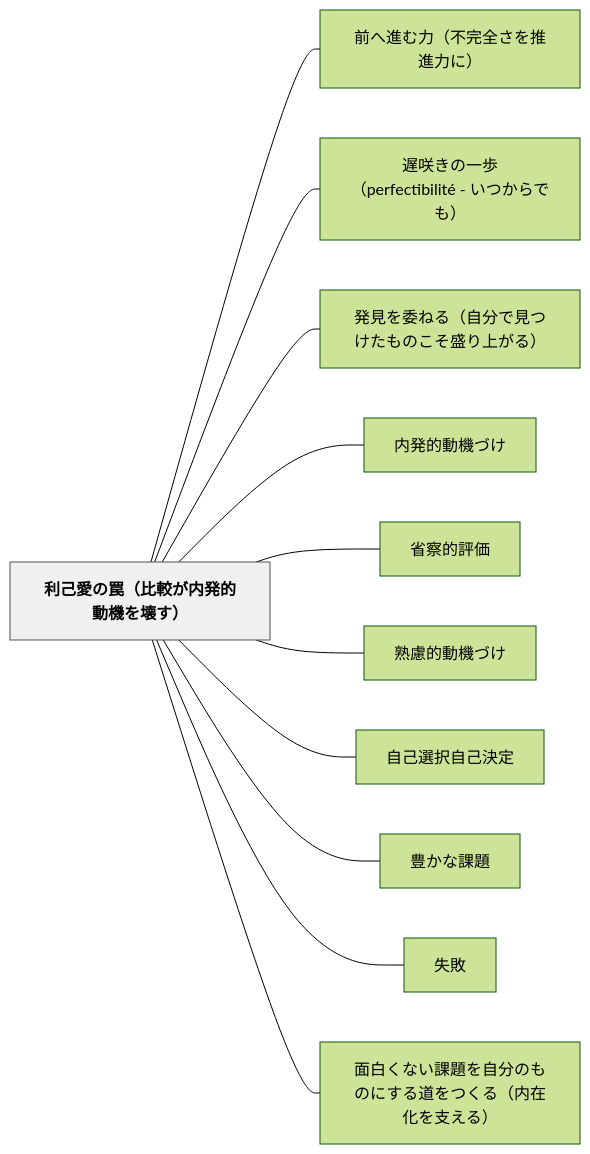
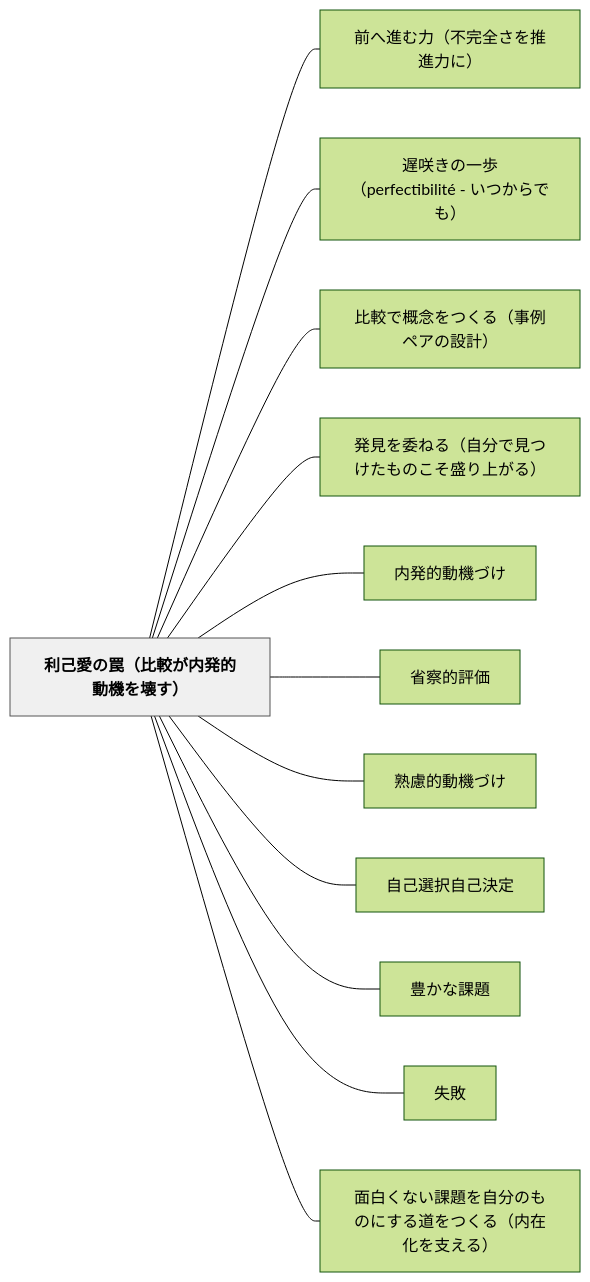
One commit to unknownthings-ed-patterns/unknownthings-ed-patterns changed the diagram in content/パタン/利己愛の罠（比較が内発的動機を壊す）.md. Above: the diagram before and after it, drawn with Mermaid (forest theme). The commit also changed other lines of this file and 5 other files, not shown here.

````diff
--- a/content/パタン/利己愛の罠（比較が内発的動機を壊す）.md
+++ b/content/パタン/利己愛の罠（比較が内発的動機を壊す）.md
@@ -100,28 +100,30 @@
 ```mermaid
 flowchart LR
     ne588a9e5b7b1e6849be381aee7bda0efbc88e6af94e8bc83e3818ce58685e799bae79a84e58b95e6a99fe38292e5a38ae38199efbc89["利己愛の罠（比較が内発的動機を壊す）"]
     ne5898de381b8e980b2e38280e58a9befbc88e4b88de5ae8ce585a8e38195e38292e68ea8e980b2e58a9be381abefbc89["前へ進む力（不完全さを推進力に）"]
     ne98185e592b2e3818de381aee4b880e6ada9efbc88706572666563746962696c6974c3a9202d20e38184e381a4e3818be38289e381a7e38282efbc89["遅咲きの一歩（perfectibilité - いつからでも）"]
+    ne6af94e8bc83e381a7e6a682e5bfb5e38292e381a4e3818fe3828befbc88e4ba8be4be8be3839ae382a2e381aee8a8ade8a888efbc89["比較で概念をつくる（事例ペアの設計）"]
     ne799bae8a68be38292e5a794e381ade3828befbc88e887aae58886e381a7e8a68be381a4e38191e3819fe38282e381aee38193e3819de79b9be3828ae4b88ae3818ce3828befbc89["発見を委ねる（自分で見つけたものこそ盛り上がる）"]
     ne58685e799bae79a84e58b95e6a99fe381a5e38191["内発的動機づけ"]
     ne79c81e5af9fe79a84e8a995e4bea1["省察的評価"]
     ne7869fe685aee79a84e58b95e6a99fe381a5e38191["熟慮的動機づけ"]
     ne887aae5b7b1e981b8e68a9ee887aae5b7b1e6b1bae5ae9a["自己選択自己決定"]
     ne8b18ae3818be381aae8aab2e9a18c["豊かな課題"]
     ne5a4b1e69597["失敗"]
     ne99da2e799bde3818fe381aae38184e8aab2e9a18ce38292e887aae58886e381aee38282e381aee381abe38199e3828be98193e38292e381a4e3818fe3828befbc88e58685e59ca8e58c96e38292e694afe38188e3828befbc89["面白くない課題を自分のものにする道をつくる（内在化を支える）"]
 
     ne588a9e5b7b1e6849be381aee7bda0efbc88e6af94e8bc83e3818ce58685e799bae79a84e58b95e6a99fe38292e5a38ae38199efbc89 --- ne5898de381b8e980b2e38280e58a9befbc88e4b88de5ae8ce585a8e38195e38292e68ea8e980b2e58a9be381abefbc89
     ne588a9e5b7b1e6849be381aee7bda0efbc88e6af94e8bc83e3818ce58685e799bae79a84e58b95e6a99fe38292e5a38ae38199efbc89 --- ne98185e592b2e3818de381aee4b880e6ada9efbc88706572666563746962696c6974c3a9202d20e38184e381a4e3818be38289e381a7e38282efbc89
+    ne588a9e5b7b1e6849be381aee7bda0efbc88e6af94e8bc83e3818ce58685e799bae79a84e58b95e6a99fe38292e5a38ae38199efbc89 --- ne6af94e8bc83e381a7e6a682e5bfb5e38292e381a4e3818fe3828befbc88e4ba8be4be8be3839ae382a2e381aee8a8ade8a888efbc89
     ne588a9e5b7b1e6849be381aee7bda0efbc88e6af94e8bc83e3818ce58685e799bae79a84e58b95e6a99fe38292e5a38ae38199efbc89 --- ne799bae8a68be38292e5a794e381ade3828befbc88e887aae58886e381a7e8a68be381a4e38191e3819fe38282e381aee38193e3819de79b9be3828ae4b88ae3818ce3828befbc89
     ne588a9e5b7b1e6849be381aee7bda0efbc88e6af94e8bc83e3818ce58685e799bae79a84e58b95e6a99fe38292e5a38ae38199efbc89 --- ne58685e799bae79a84e58b95e6a99fe381a5e38191
     ne588a9e5b7b1e6849be381aee7bda0efbc88e6af94e8bc83e3818ce58685e799bae79a84e58b95e6a99fe38292e5a38ae38199efbc89 --- ne79c81e5af9fe79a84e8a995e4bea1
     ne588a9e5b7b1e6849be381aee7bda0efbc88e6af94e8bc83e3818ce58685e799bae79a84e58b95e6a99fe38292e5a38ae38199efbc89 --- ne7869fe685aee79a84e58b95e6a99fe381a5e38191
     ne588a9e5b7b1e6849be381aee7bda0efbc88e6af94e8bc83e3818ce58685e799bae79a84e58b95e6a99fe38292e5a38ae38199efbc89 --- ne887aae5b7b1e981b8e68a9ee887aae5b7b1e6b1bae5ae9a
     ne588a9e5b7b1e6849be381aee7bda0efbc88e6af94e8bc83e3818ce58685e799bae79a84e58b95e6a99fe38292e5a38ae38199efbc89 --- ne8b18ae3818be381aae8aab2e9a18c
     ne588a9e5b7b1e6849be381aee7bda0efbc88e6af94e8bc83e3818ce58685e799bae79a84e58b95e6a99fe38292e5a38ae38199efbc89 --- ne5a4b1e69597
     ne588a9e5b7b1e6849be381aee7bda0efbc88e6af94e8bc83e3818ce58685e799bae79a84e58b95e6a99fe38292e5a38ae38199efbc89 --- ne99da2e799bde3818fe381aae38184e8aab2e9a18ce38292e887aae58886e381aee38282e381aee381abe38199e3828be98193e38292e381a4e3818fe3828befbc88e58685e59ca8e58c96e38292e694afe38188e3828befbc89
 
     classDef hub fill:#f0f0f0,stroke:#555,color:#000,font-weight:bold
     class ne588a9e5b7b1e6849be381aee7bda0efbc88e6af94e8bc83e3818ce58685e799bae79a84e58b95e6a99fe38292e5a38ae38199efbc89 hub
 ```
````
